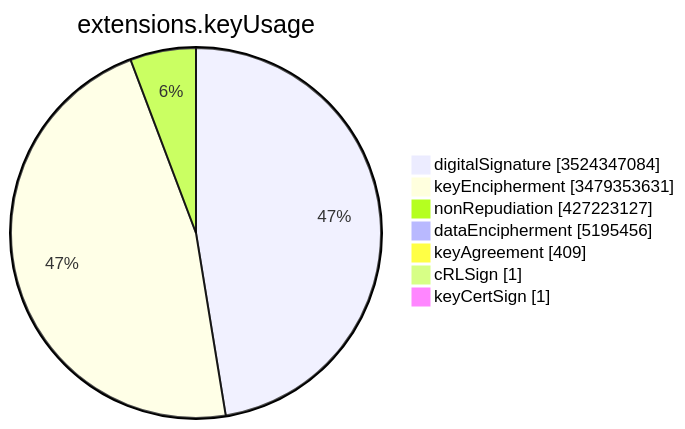
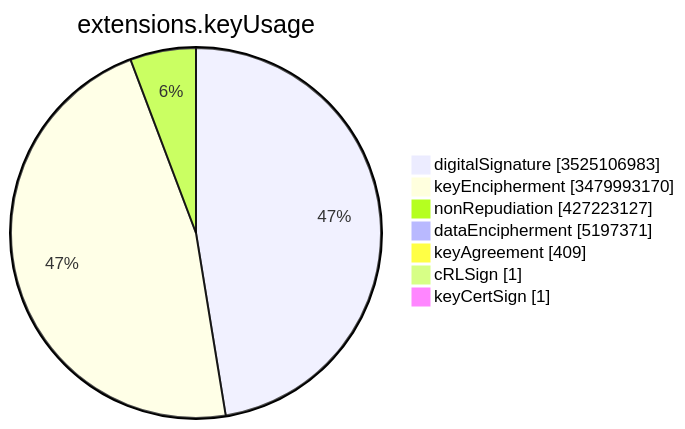
One commit to christiankrug/ctmonitor_visualization changed the sixth of 15 diagrams in TOTAL/README.md. Above: the diagram before and after it, drawn with Mermaid. The commit also changed other lines of this file, not shown here.

````diff
--- a/TOTAL/README.md
+++ b/TOTAL/README.md
@@ -3083,11 +3083,11 @@
 ```mermaid
 pie showData
 title extensions.keyUsage
-"digitalSignature" :3524347084
-"keyEncipherment" :3479353631
+"digitalSignature" :3525106983
+"keyEncipherment" :3479993170
 "nonRepudiation" :427223127
-"dataEncipherment" :5195456
+"dataEncipherment" :5197371
 "keyAgreement" :409
 "cRLSign" :1
 "keyCertSign" :1
 ```
````
